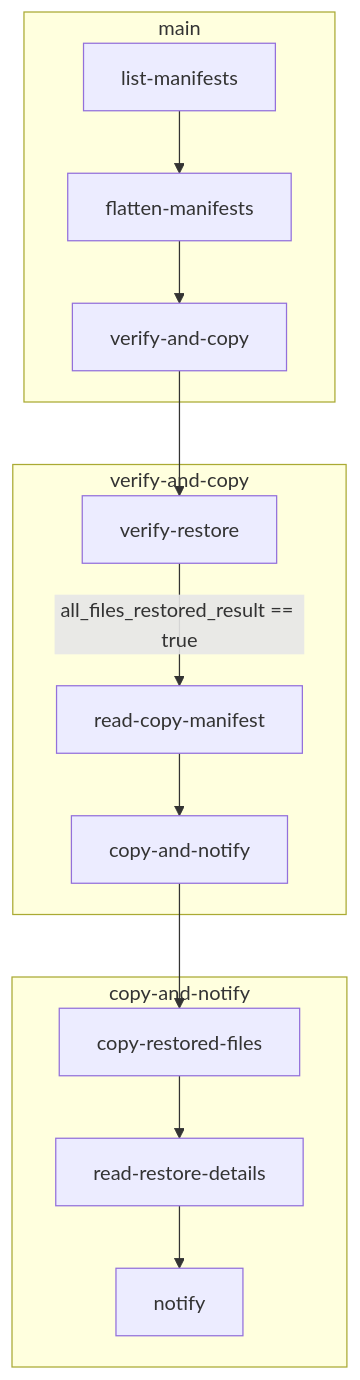
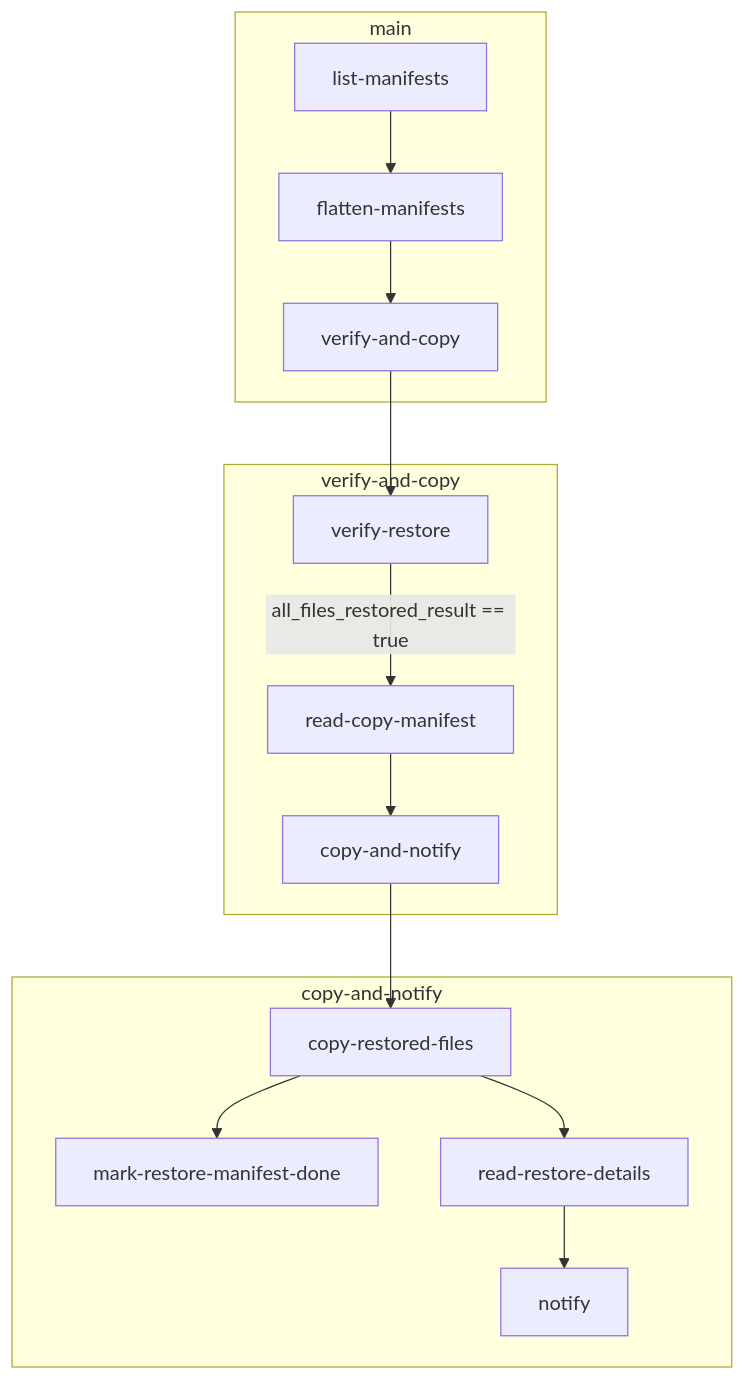
The fourth of 4 diagrams in workflows/storage/README.md (linz/topo-workflows), drawn with Mermaid before and after one commit. The commit also changed other lines of this file and 2 other files, not shown here.

First line of the commit message:
fix: `check-restore-copy` workflow should mark restore manifest `.done` after copying files succeeded TDE-1703 (#1090)

````diff
--- a/workflows/storage/README.md
+++ b/workflows/storage/README.md
@@ -134,20 +134,21 @@
 ```mermaid
 graph TD
   subgraph main
     A[list-manifests] --> B[flatten-manifests]
     B --> C[verify-and-copy]
   end
 
   subgraph verify-and-copy
     C1[verify-restore] -->|all_files_restored_result == true| C2[read-copy-manifest]
     C2 --> C3[copy-and-notify]
   end
 
   subgraph copy-and-notify
+    D1[copy-restored-files] --> mark-restore-manifest-done
     D1[copy-restored-files] --> D2[read-restore-details]
     D2 --> D3[notify]
   end
 
   C --> C1
   C3 --> D1
 ```
````
